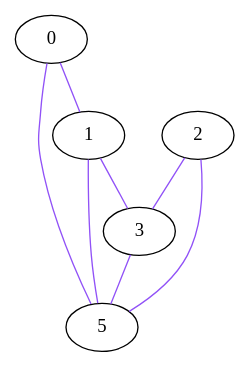
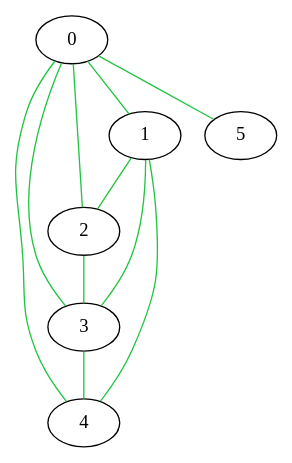
Before and after one commit to homoglobina/ChinesePostmen: the diagram in graph.dot, drawn with Graphviz. The commit also changed 21 other files, not shown here.

```diff
--- a/graph.dot
+++ b/graph.dot
@@ -1,9 +1,12 @@
 graph G {
-  0 -- 1 [color="#9152f7"];
-  0 -- 5 [color="#9152f7"];
-  1 -- 3 [color="#9152f7"];
-  1 -- 5 [color="#9152f7"];
-  2 -- 3 [color="#9152f7"];
-  2 -- 5 [color="#9152f7"];
-  3 -- 5 [color="#9152f7"];
+  0 -- 1 [color="#22c442"];
+  0 -- 2 [color="#22c442"];
+  0 -- 3 [color="#22c442"];
+  0 -- 4 [color="#22c442"];
+  0 -- 5 [color="#22c442"];
+  1 -- 2 [color="#22c442"];
+  1 -- 3 [color="#22c442"];
+  1 -- 4 [color="#22c442"];
+  2 -- 3 [color="#22c442"];
+  3 -- 4 [color="#22c442"];
 }
```
